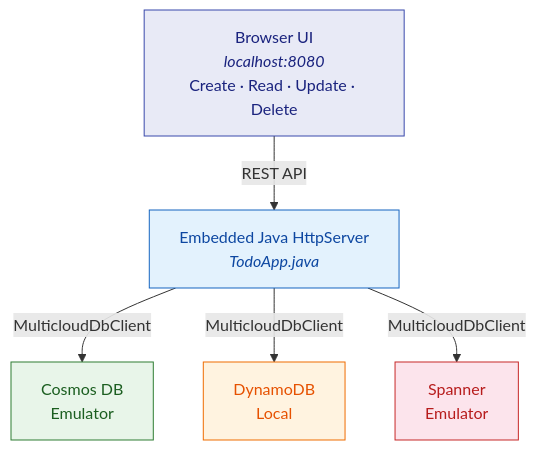
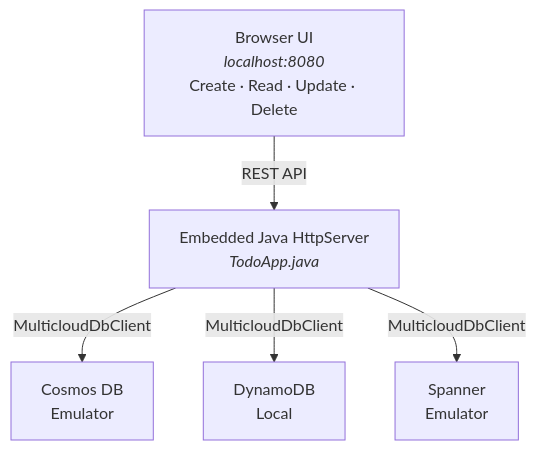
One commit to microsoft/multiclouddb-sdk-for-java changed the diagram in docs/samples/todo-app.md. Above: the diagram before and after it, drawn with Mermaid. The commit also changed 2 other files, not shown here.

Commit message:
fix: remove hardcoded Mermaid diagram colors for dark mode support
Remove inline style directives from all 3 Mermaid diagrams (index.md,
todo-app.md, risk-platform.md). MkDocs Material auto-themes Mermaid
diagrams for both light and dark mode when no inline styles are present.

````diff
--- a/docs/samples/todo-app.md
+++ b/docs/samples/todo-app.md
@@ -14,14 +14,8 @@
 ```mermaid
 graph TD
     UI["Browser UI<br/><i>localhost:8080</i><br/>Create · Read · Update · Delete"]
     UI -->|REST API| Server["Embedded Java HttpServer<br/><i>TodoApp.java</i>"]
     Server -->|MulticloudDbClient| Cosmos["Cosmos DB<br/>Emulator"]
     Server -->|MulticloudDbClient| Dynamo["DynamoDB<br/>Local"]
     Server -->|MulticloudDbClient| Spanner["Spanner<br/>Emulator"]
-
-    style UI fill:#e8eaf6,stroke:#3949ab,color:#1a237e
-    style Server fill:#e3f2fd,stroke:#1565c0,color:#0d47a1
-    style Cosmos fill:#e8f5e9,stroke:#2e7d32,color:#1b5e20
-    style Dynamo fill:#fff3e0,stroke:#ef6c00,color:#e65100
-    style Spanner fill:#fce4ec,stroke:#c62828,color:#b71c1c
 ```
````
